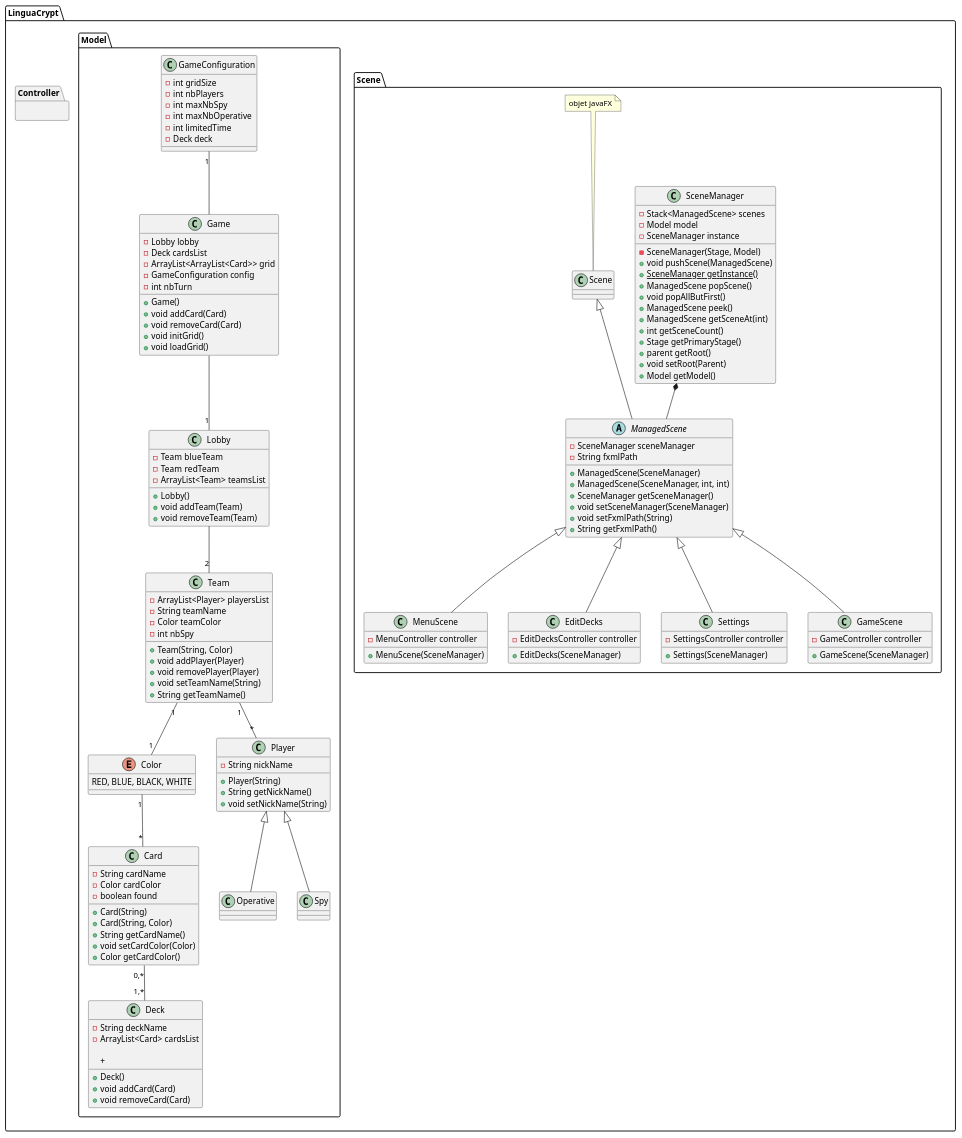
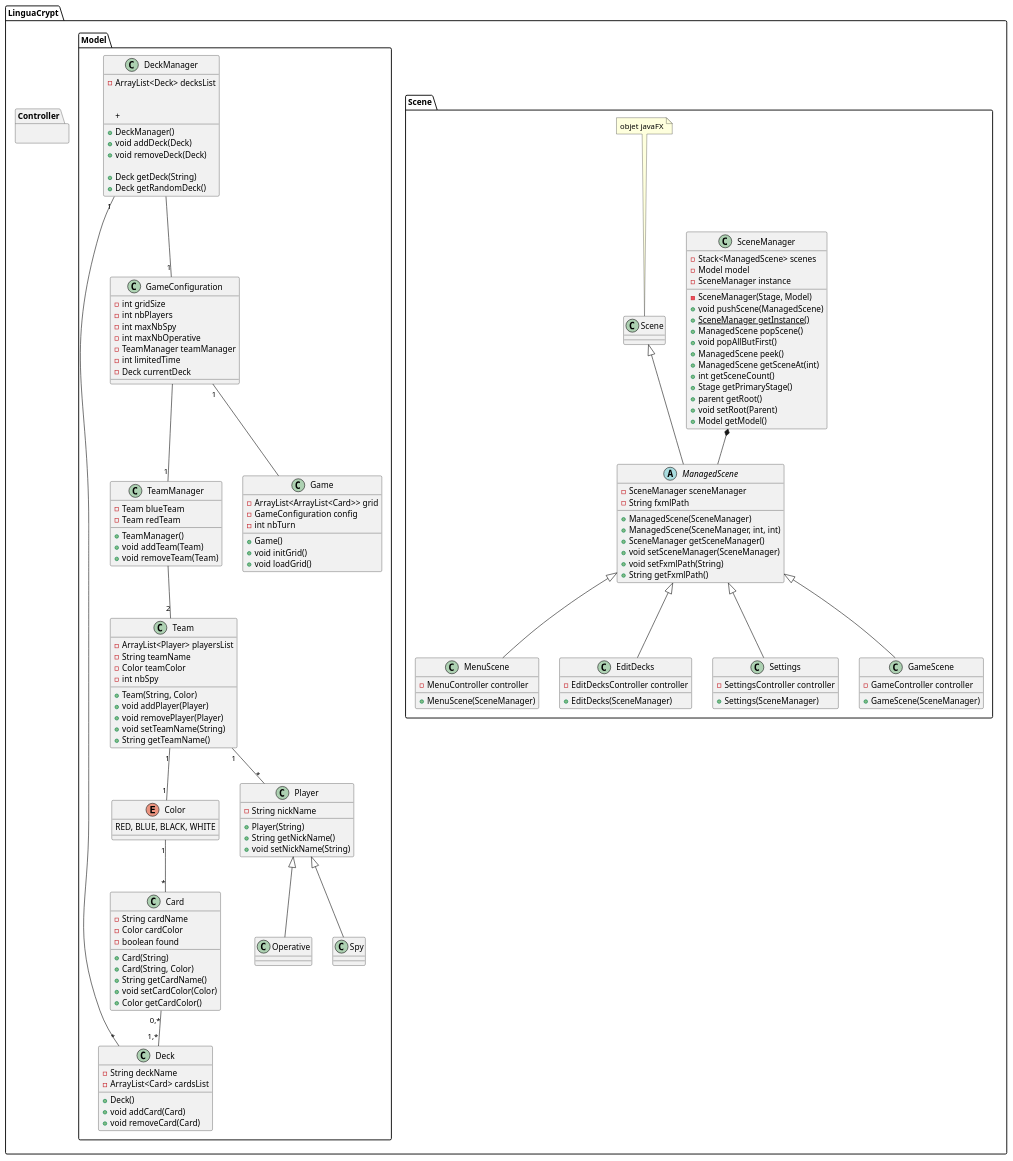
Before and after one commit to Esteban795/RetroNames: the diagram in gdp/Diagramme_De_Classe/diag_d1.plantuml, drawn with PlantUML.

Commit message:
[~] class diagramme

```diff
--- a/gdp/Diagramme_De_Classe/diag_d1.plantuml
+++ b/gdp/Diagramme_De_Classe/diag_d1.plantuml
@@ -3,171 +3,184 @@
 @startuml
 
 package LinguaCrypt{
     package LinguaCrypt.Scene{
         class SceneManager{
             - Stack<ManagedScene> scenes
             - Model model
             - SceneManager instance
 
             - SceneManager(Stage, Model)
             + void pushScene(ManagedScene)
             + {static} SceneManager getInstance()
             + ManagedScene popScene()
             + void popAllButFirst()
             + ManagedScene peek()
             + ManagedScene getSceneAt(int)
             + int getSceneCount()
             + Stage getPrimaryStage()
             + parent getRoot()
             + void setRoot(Parent)
             + Model getModel()
         }
 
         abstract class ManagedScene extends Scene {
             - SceneManager sceneManager
             - String fxmlPath
             
             + ManagedScene(SceneManager)
             + ManagedScene(SceneManager, int, int)
             + SceneManager getSceneManager()
             + void setSceneManager(SceneManager)
             + void setFxmlPath(String)
             + String getFxmlPath()
             ' get controller ?
         }
 
         class MenuScene extends ManagedScene {
             - MenuController controller
 
             + MenuScene(SceneManager)
         }
 
         class EditDecks extends ManagedScene {
             - EditDecksController controller
 
             + EditDecks(SceneManager)
         }
 
         class Settings extends ManagedScene {
             - SettingsController controller
 
             + Settings(SceneManager)
         }
 
         class GameScene extends ManagedScene {
             - GameController controller
 
             + GameScene(SceneManager)
         }
 
     note "objet javaFX" as N1
     N1 .. Scene
     SceneManager *-- ManagedScene
 
     }
 
     package LinguaCrypt.Controller{ 
         ' un controller par scè1ne 
     }
 
     package LinguaCrypt.Model{
         enum Color{
             RED, BLUE, BLACK, WHITE
         }
 
         class Operative extends Player{}
 
         class Spy extends Player{}
 
         class Player{
             - String nickName
 
             + Player(String)
             + String getNickName()
             + void setNickName(String)
         }
         
         class Team{
             - ArrayList<Player> playersList
             - String teamName
             - Color teamColor
             - int nbSpy
 
 
             + Team(String, Color)
             + void addPlayer(Player)
             + void removePlayer(Player)
             + void setTeamName(String)
             + String getTeamName()
         }
 
         class Card{
             - String cardName
             - Color cardColor
             - boolean found
 
             + Card(String)
             + Card(String, Color)
             + String getCardName()
             + void setCardColor(Color)
             + Color getCardColor()
 
         }
 
         class Deck{
             - String deckName
             - ArrayList<Card> cardsList
 
             + Deck()
             + void addCard(Card)
             + void removeCard(Card)
-            + 
         }
 
         class GameConfiguration{
             - int gridSize
             - int nbPlayers
             - int maxNbSpy
             - int maxNbOperative 
+            - TeamManager teamManager
             - int limitedTime /' -1 if time not limited  '/
-            - Deck deck            
+            - Deck currentDeck
+
+            
         }
 
-        class Lobby{
+        class DeckManager{
+            - ArrayList<Deck> decksList
+
+            + DeckManager()
+            + void addDeck(Deck)
+            + void removeDeck(Deck)
+
+            + Deck getDeck(String)
+            + Deck getRandomDeck()
+            +
+            
+            
+        }
+
+        class TeamManager{
             - Team blueTeam
             - Team redTeam
-            - ArrayList<Team> teamsList
 
-            + Lobby()
+            + TeamManager()
             + void addTeam(Team)
             + void removeTeam(Team)
         
         }
 
         class Game{
-            - Lobby lobby
-            - Deck cardsList
             - ArrayList<ArrayList<Card>> grid
             - GameConfiguration config
             - int nbTurn
             
             + Game()
-            + void addCard(Card)
-            + void removeCard(Card)
             + void initGrid()
             + void loadGrid()
         }
 
 
 
         Team "1"--"*" Player
         Team "1"--"1" Color
         Color "1"--"*" Card
         Card "0,*"--"1,*" Deck
         GameConfiguration "1"-- Game
-        Game --"1" Lobby
-        Lobby --"2" Team
+        GameConfiguration --"1" TeamManager
+        TeamManager --"2" Team
+        DeckManager "1"--"*" Deck
+        DeckManager --"1" GameConfiguration
     }
 }
 
 @enduml
```
